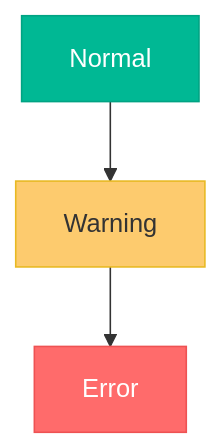
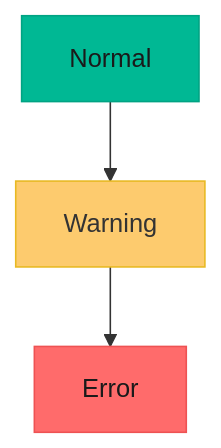
The sixth of 13 diagrams in skills/mermaid-diagrams/references/theming.md (costa-marcello/repertoire), drawn with Mermaid before and after one commit. The commit also changed other lines of this file and 12 other files, not shown here.

First line of the commit message:
Fix mermaid-diagrams examples that broke its own rules

````diff
--- a/skills/mermaid-diagrams/references/theming.md
+++ b/skills/mermaid-diagrams/references/theming.md
@@ -143,12 +138,12 @@
 ```mermaid
 flowchart TD
     A[Normal]:::success
     B[Warning]:::warning
     C[Error]:::error
 
-    classDef success fill:#00b894,stroke:#00a383,color:#fff
+    classDef success fill:#00b894,stroke:#00a383,color:#1a1a1a
     classDef warning fill:#fdcb6e,stroke:#e8b923,color:#333
-    classDef error fill:#ff6b6b,stroke:#ee5253,color:#fff
+    classDef error fill:#ff6b6b,stroke:#ee5253,color:#1a1a1a
 
     A --> B --> C
 ```
````
